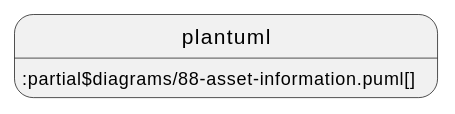
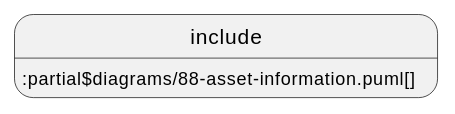
One commit to acplt/aas-specs changed the diagram in documentation/IDTA-01001/modules/ROOT/pages/annex/usage-metamodel.adoc. Above: the diagram before and after it, drawn with PlantUML. The commit also changed 14 other files, not shown here.

First line of the commit message:
Revert "Use plantuml instead of include and test ./"

```diff
--- a/documentation/IDTA-01001/modules/ROOT/pages/annex/usage-metamodel.adoc
+++ b/documentation/IDTA-01001/modules/ROOT/pages/annex/usage-metamodel.adoc
@@ -48,4 +48,4 @@
 [plantuml, 88-asset-information, svg]
 ....
-plantuml::partial$diagrams/88-asset-information.puml[]
+include::partial$diagrams/88-asset-information.puml[]
 ....
```
